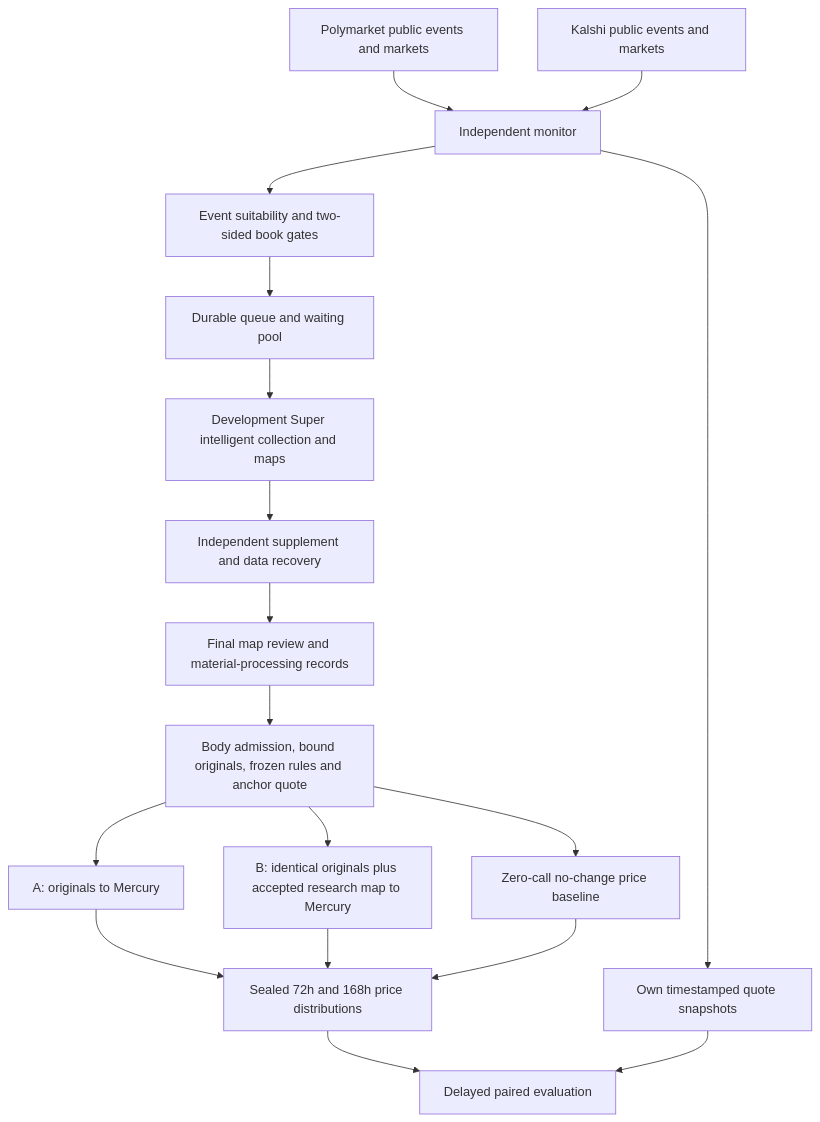
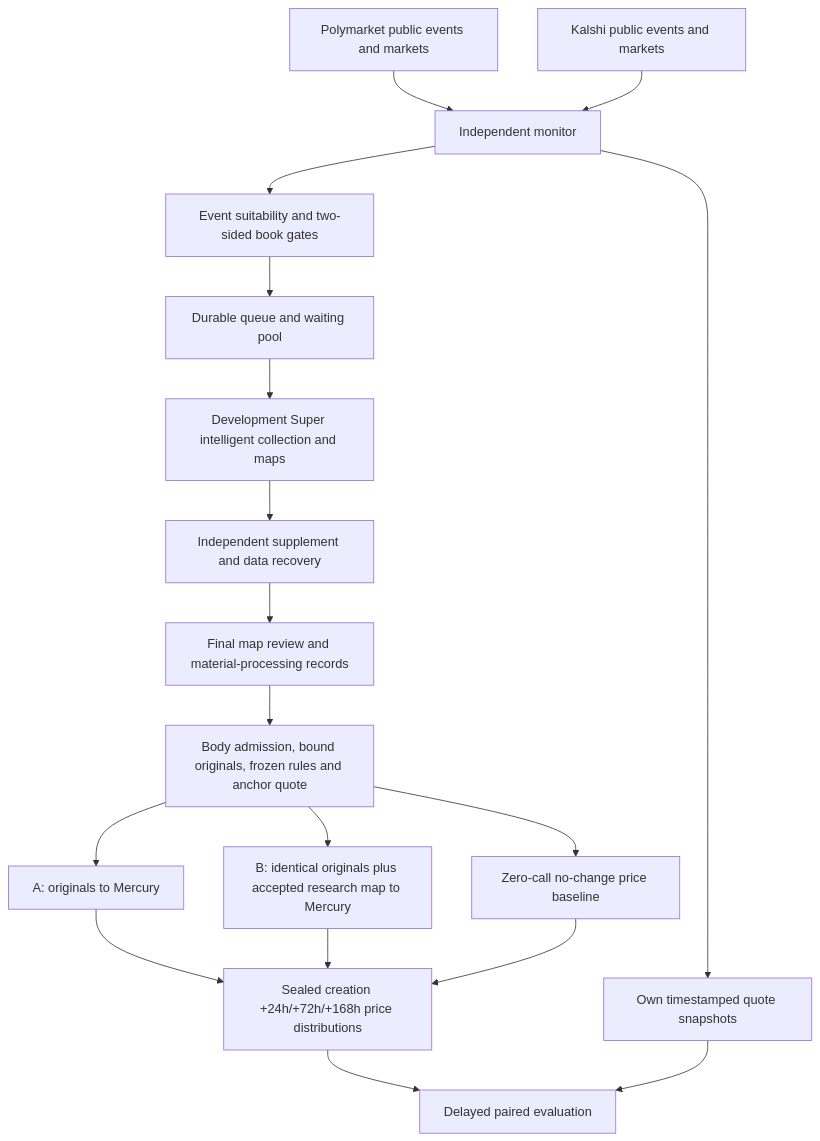
One commit to chenencc/futureeval-forecasting-agent changed the diagram in ForecastAgent/market_repricing/README.md. Above: the diagram before and after it, drawn with Mermaid. The commit also changed other lines of this file and 12 other files, not shown here.

````diff
--- a/ForecastAgent/market_repricing/README.md
+++ b/ForecastAgent/market_repricing/README.md
@@ -34,20 +34,20 @@
 ```mermaid
 flowchart TD
   P[Polymarket public events and markets] --> M[Independent monitor]
   K[Kalshi public events and markets] --> M
   M --> S[Event suitability and two-sided book gates]
   S --> Q[Durable queue and waiting pool]
   Q --> C[Development Super intelligent collection and maps]
   C --> R[Independent supplement and data recovery]
   R --> G[Final map review and material-processing records]
   G --> F[Body admission, bound originals, frozen rules and anchor quote]
   F --> A[A: originals to Mercury]
   F --> B[B: identical originals plus accepted research map to Mercury]
   F --> N[Zero-call no-change price baseline]
-  A --> Z[Sealed 72h and 168h price distributions]
+  A --> Z[Sealed creation +24h/+72h/+168h price distributions]
   B --> Z
   N --> Z
   M --> L[Own timestamped quote snapshots]
   Z --> E[Delayed paired evaluation]
   L --> E
 ```
````
